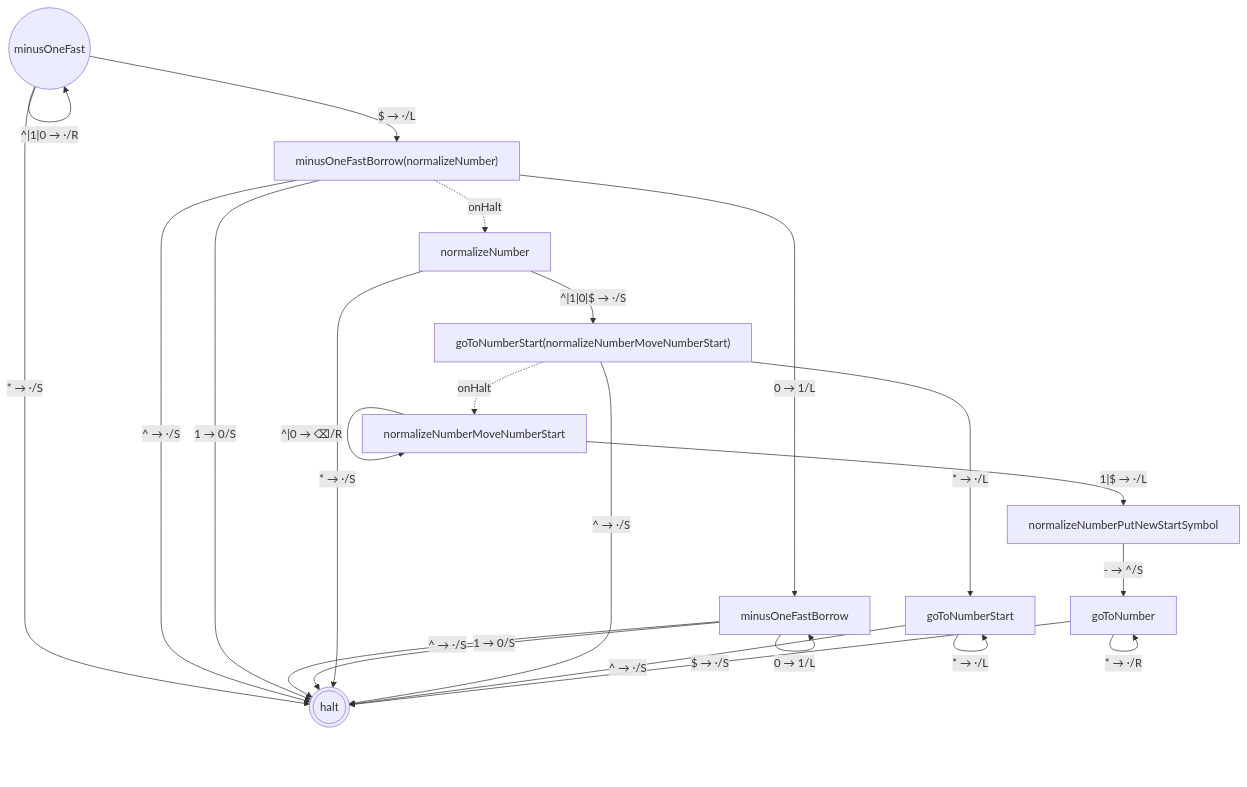
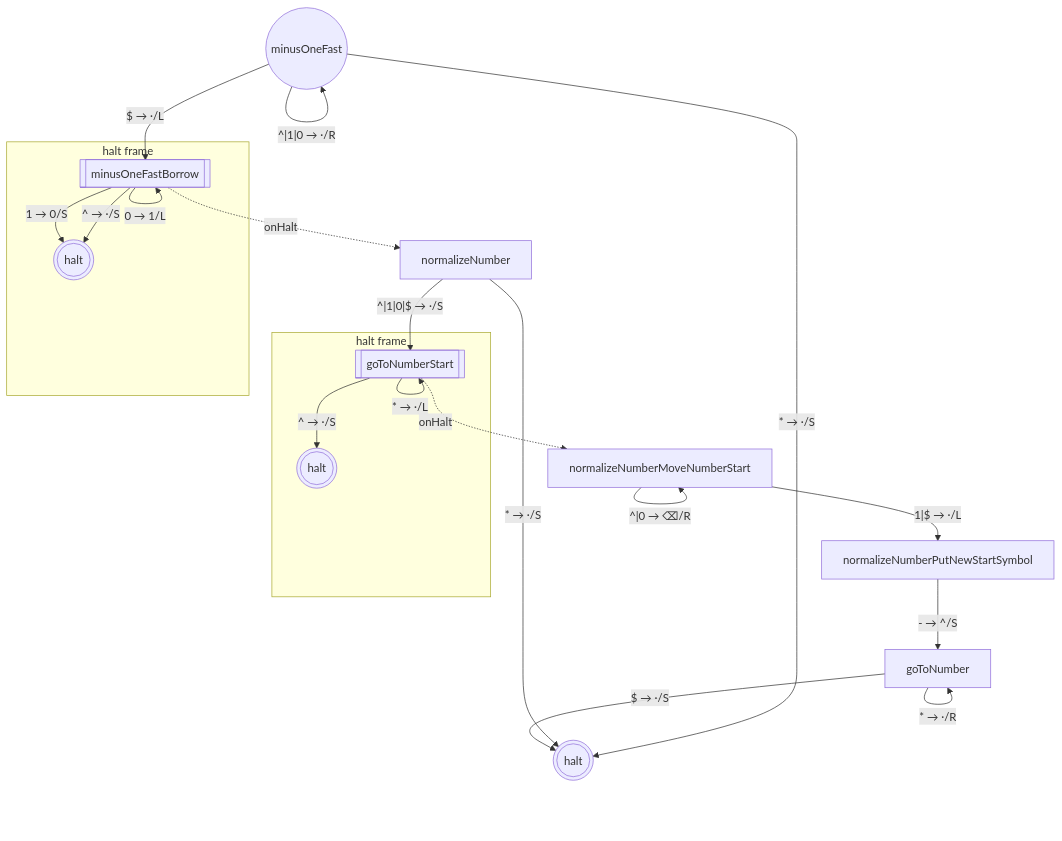
One commit to mellonis/turing-machine-js changed the tenth of 10 diagrams in packages/library-binary-numbers/states.md. Above: the diagram before and after it, drawn with Mermaid. The commit also changed other lines of this file and 10 other files, not shown here.

First line of the commit message:
feat!: cleaner `toMermaid` emit for wrapped states (closes #138, closes #139)

````diff
--- a/packages/library-binary-numbers/states.md
+++ b/packages/library-binary-numbers/states.md
@@ -231,36 +239,35 @@
 ```mermaid
 flowchart TD
 %% alphabets: [[" ","^","$","0","1"]]
   s0(((halt)))
   s1["goToNumber"]
-  s5["goToNumberStart"]
   s12["normalizeNumberPutNewStartSymbol"]
   s13["normalizeNumberMoveNumberStart"]
-  s14["goToNumberStart(normalizeNumberMoveNumberStart)"]
   s15["normalizeNumber"]
-  s24["minusOneFastBorrow"]
-  s25["minusOneFastBorrow(normalizeNumber)"]
   s26(("minusOneFast"))
+  subgraph w_14["halt frame"]
+    s14[["goToNumberStart"]]
+    c14(((halt)))
+  end
+  subgraph w_25["halt frame"]
+    s25[["minusOneFastBorrow"]]
+    c25(((halt)))
+  end
   s1 -- "$ → ·/S" --> s0
   s1 -- "* → ·/R" --> s1
-  s5 -- "^ → ·/S" --> s0
-  s5 -- "* → ·/L" --> s5
   s12 -- "- → ^/S" --> s1
   s13 -- "^|0 → ⌫/R" --> s13
   s13 -- "1|$ → ·/L" --> s12
-  s14 -- "^ → ·/S" --> s0
-  s14 -- "* → ·/L" --> s5
+  s14 -- "^ → ·/S" --> c14
+  s14 -- "* → ·/L" --> s14
   s14 -. onHalt .-> s13
   s15 -- "^|1|0|$ → ·/S" --> s14
   s15 -- "* → ·/S" --> s0
-  s24 -- "1 → 0/S" --> s0
-  s24 -- "0 → 1/L" --> s24
-  s24 -- "^ → ·/S" --> s0
-  s25 -- "1 → 0/S" --> s0
-  s25 -- "0 → 1/L" --> s24
-  s25 -- "^ → ·/S" --> s0
+  s25 -- "1 → 0/S" --> c25
+  s25 -- "0 → 1/L" --> s25
+  s25 -- "^ → ·/S" --> c25
   s25 -. onHalt .-> s15
   s26 -- "^|1|0 → ·/R" --> s26
   s26 -- "$ → ·/L" --> s25
   s26 -- "* → ·/S" --> s0
 ```
````
